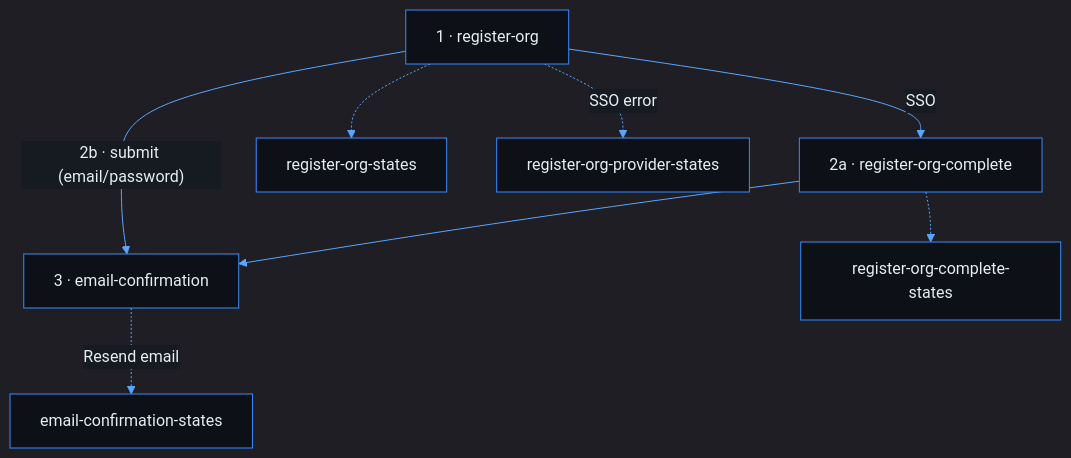
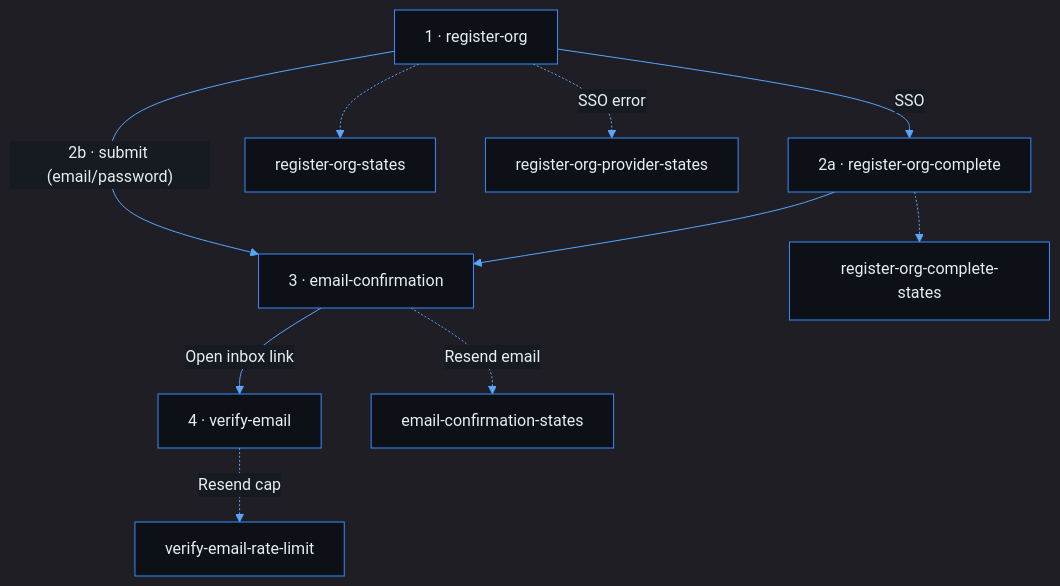
One commit to phuongnse/axis changed the first of 3 diagrams in docs/use-cases/platform-foundation/register-org/README.md. Above: the diagram before and after it, drawn with Mermaid. The commit also changed other lines of this file and 9 other files, not shown here.

First line of the commit message:
docs: merge verify-email use case into register-org

````diff
--- a/docs/use-cases/platform-foundation/register-org/README.md
+++ b/docs/use-cases/platform-foundation/register-org/README.md
@@ -107,19 +122,23 @@
 ```mermaid
 %%{init: {'theme':'dark','themeVariables':{'background':'#0d1117','mainBkg':'#0d1117','primaryColor':'#161b22','primaryBorderColor':'#388bfd','primaryTextColor':'#e6edf3','secondaryColor':'#21262d','secondaryBorderColor':'#388bfd','secondaryTextColor':'#e6edf3','tertiaryColor':'#161b22','tertiaryTextColor':'#e6edf3','lineColor':'#58a6ff','textColor':'#e6edf3','nodeBorder':'#388bfd','clusterBkg':'#161b22','clusterBorder':'#388bfd','titleColor':'#e6edf3','edgeLabelBackground':'#161b22','actorBkg':'#161b22','actorBorder':'#388bfd','actorTextColor':'#e6edf3','signalColor':'#58a6ff','labelBoxBkgColor':'#161b22','labelBoxBorderColor':'#388bfd','noteBkgColor':'#161b22','noteBorderColor':'#388bfd','noteTextColor':'#c9d1d9','activationBkgColor':'#30363d'}}}%%
 flowchart TD
   entry["1 · register-org"]
   complete["2a · register-org-complete"]
   confirm["3 · email-confirmation"]
+  verify["4 · verify-email"]
   errEntry["register-org-states"]
   errComplete["register-org-complete-states"]
   errProvider["register-org-provider-states"]
   errResend["email-confirmation-states"]
+  errVerifyRl["verify-email-rate-limit"]
 
   entry -->|"2b · submit (email/password)"| confirm
   entry -->|SSO| complete
   complete --> confirm
+  confirm -->|Open inbox link| verify
   entry -.-> errEntry
   complete -.-> errComplete
   entry -.->|SSO error| errProvider
   confirm -.->|Resend email| errResend
+  verify -.->|Resend cap| errVerifyRl
 ```
````
